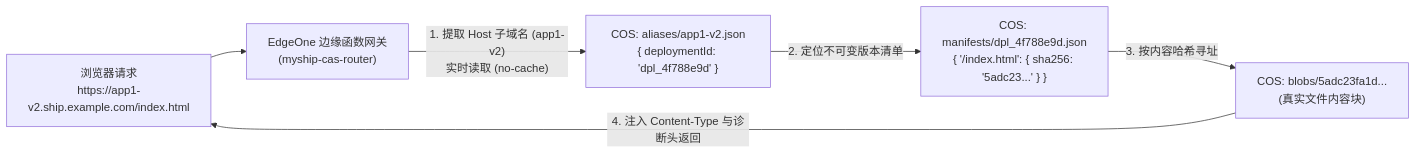
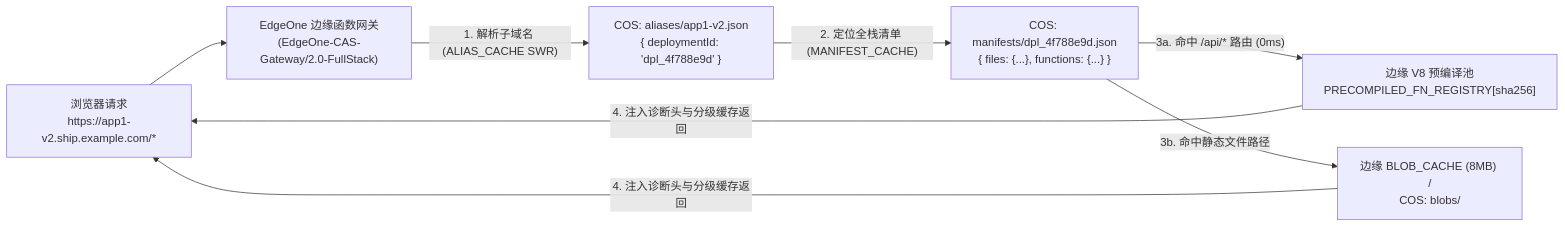
One commit to huxy2023/myship changed the diagram in docs/03-architecture.md. Above: the diagram before and after it, drawn with Mermaid. The commit also changed other lines of this file and 3 other files, not shown here.

Commit message:
docs: document Phase 2 full-stack serverless functions, EdgeOne V8 runtime guardrails, and request.eo context

````diff
--- a/docs/03-architecture.md
+++ b/docs/03-architecture.md
@@ -17,8 +17,9 @@
 ```mermaid
 flowchart LR
-    Req["浏览器请求<br/>https://app1-v2.ship.example.com/index.html"] --> Edge["EdgeOne 边缘函数网关<br/>(myship-cas-router)"]
-    Edge -- "1. 提取 Host 子域名 (app1-v2)<br/>实时读取 (no-cache)" --> Alias["COS: aliases/app1-v2.json<br/>{ deploymentId: 'dpl_4f788e9d' }"]
-    Alias -- "2. 定位不可变版本清单" --> Manifest["COS: manifests/dpl_4f788e9d.json<br/>{ '/index.html': { sha256: '5adc23...' } }"]
-    Manifest -- "3. 按内容哈希寻址" --> Blob["COS: blobs/5adc23fa1d...<br/>(真实文件内容块)"]
-    Blob -- "4. 注入 Content-Type 与诊断头返回" --> Req
+    Req["浏览器请求<br/>https://app1-v2.ship.example.com/*"] --> Edge["EdgeOne 边缘函数网关<br/>(EdgeOne-CAS-Gateway/2.0-FullStack)"]
+    Edge -- "1. 解析子域名 (ALIAS_CACHE SWR)" --> Alias["COS: aliases/app1-v2.json<br/>{ deploymentId: 'dpl_4f788e9d' }"]
+    Alias -- "2. 定位全栈清单 (MANIFEST_CACHE)" --> Manifest["COS: manifests/dpl_4f788e9d.json<br/>{ files: {...}, functions: {...} }"]
+    Manifest -- "3a. 命中 /api/* 路由 (0ms)" --> V8Fn["边缘 V8 预编译池<br/>PRECOMPILED_FN_REGISTRY[sha256]"]
+    Manifest -- "3b. 命中静态文件路径" --> Blob["边缘 BLOB_CACHE (8MB) /<br/>COS: blobs/<sha256>"]
+    V8Fn & Blob -- "4. 注入诊断头与分级缓存返回" --> Req
 ```
````
